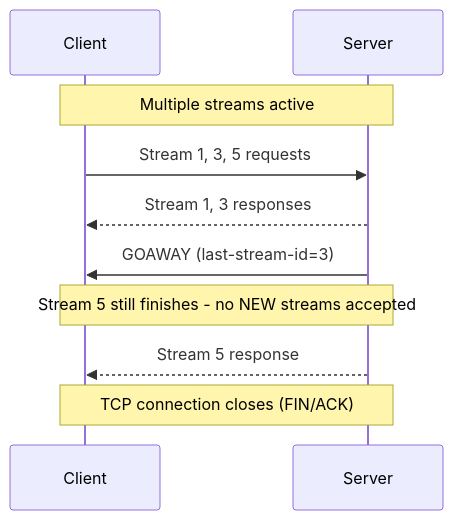
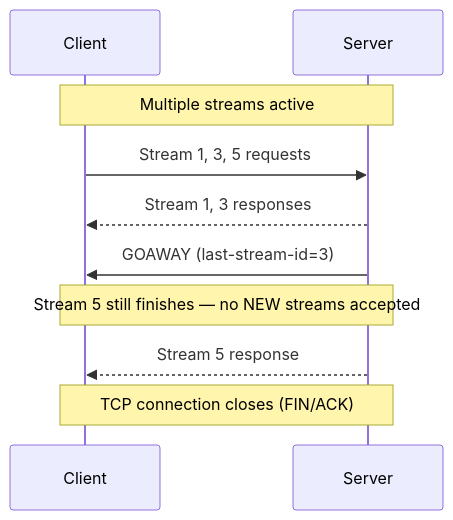
One commit to veenayaksirohi/DITISS changed the sixth of 13 diagrams in interview/http-evolution-interview-notes.md. Above: the diagram before and after it, drawn with Mermaid. The commit also changed other lines of this file and 3 other files, not shown here.

````diff
--- a/interview/http-evolution-interview-notes.md
+++ b/interview/http-evolution-interview-notes.md
@@ -134,12 +488,12 @@
 ```mermaid
 sequenceDiagram
     participant C as Client
     participant S as Server
     Note over C,S: Multiple streams active
     C->>S: Stream 1, 3, 5 requests
     S-->>C: Stream 1, 3 responses
     S->>C: GOAWAY (last-stream-id=3)
-    Note over C,S: Stream 5 still finishes - no NEW streams accepted
+    Note over C,S: Stream 5 still finishes — no NEW streams accepted
     S-->>C: Stream 5 response
     Note over C,S: TCP connection closes (FIN/ACK)
 ```
````
